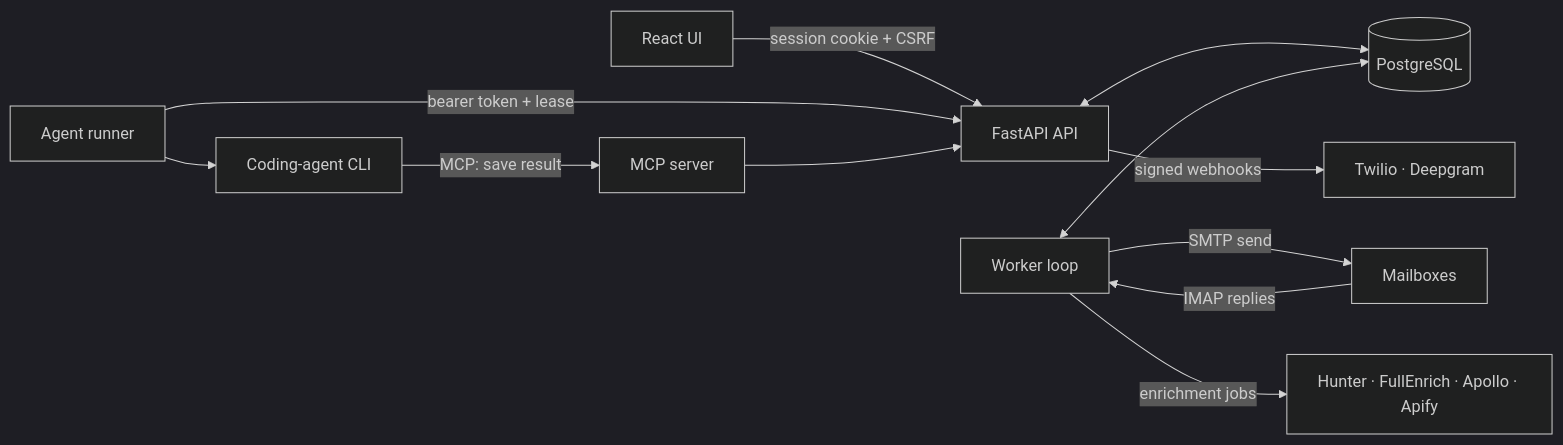
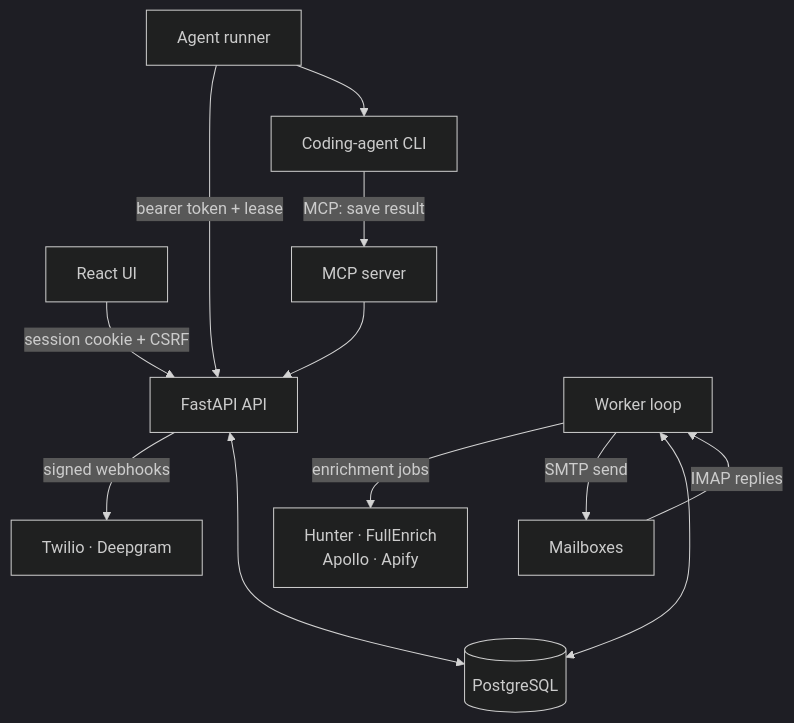
Before and after one commit to bilLkarkariy/lumelia-outreach: the first of 2 diagrams in README.md, drawn with Mermaid (dark theme). The commit also changed other lines of this file, not shown here.

First line of the commit message:
docs(readme): make the diagrams and commands fit the page

````diff
--- a/README.md
+++ b/README.md
@@ -80,14 +80,14 @@
 ```mermaid
-flowchart LR
+flowchart TB
     UI[React UI] -->|session cookie + CSRF| API[FastAPI API]
-    API <--> DB[(PostgreSQL)]
-    Worker[Worker loop] <--> DB
     Runner[Agent runner] -->|bearer token + lease| API
     Runner --> CLI[Coding-agent CLI]
     CLI -->|MCP: save result| MCP[MCP server]
     MCP --> API
+    API -->|signed webhooks| Voice[Twilio · Deepgram]
+    Worker[Worker loop] -->|enrichment jobs| Providers[Hunter · FullEnrich<br/>Apollo · Apify]
     Worker -->|SMTP send| Mail[Mailboxes]
     Mail -->|IMAP replies| Worker
-    Worker -->|enrichment jobs| Providers[Hunter · FullEnrich · Apollo · Apify]
-    API -->|signed webhooks| Voice[Twilio · Deepgram]
+    API <---> DB[(PostgreSQL)]
+    Worker <---> DB
 ```
````
